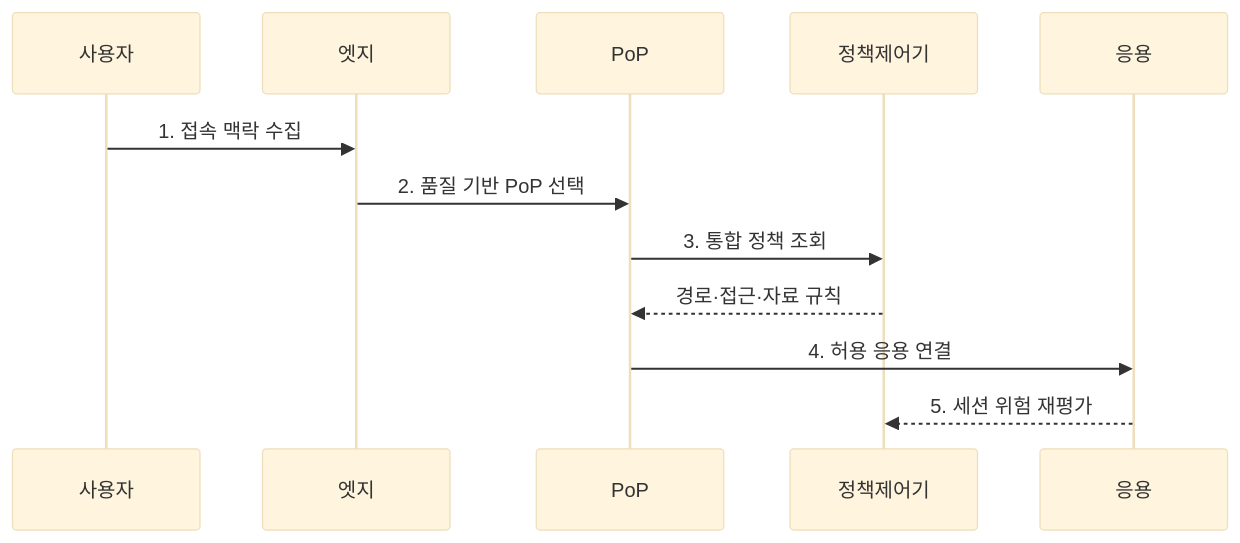
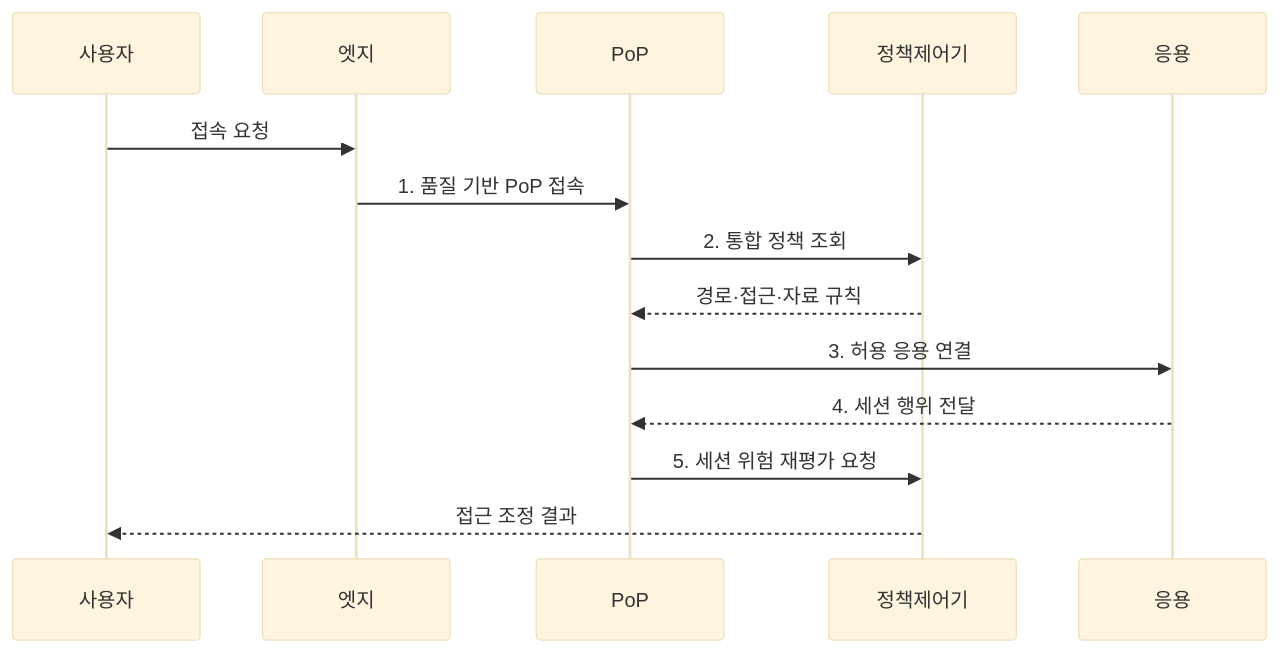
Before and after one commit to agnusdei1207/knowledge-base: the second of 2 diagrams in src/content/docs/notes/04-network/090_sase.md, drawn with Mermaid (base theme). The commit also changed other lines of this file and 20 other files, not shown here.

````diff
--- a/src/content/docs/notes/04-network/090_sase.md
+++ b/src/content/docs/notes/04-network/090_sase.md
@@ -78,14 +85,16 @@
 ```mermaid
 sequenceDiagram
     participant 사용자
     participant 엣지
     participant PoP
     participant 정책제어기
     participant 응용
-    사용자->>엣지: 1. 접속 맥락 수집
-    엣지->>PoP: 2. 품질 기반 PoP 선택
-    PoP->>정책제어기: 3. 통합 정책 조회
+    사용자->>엣지: 접속 요청
+    엣지->>PoP: 1. 품질 기반 PoP 접속
+    PoP->>정책제어기: 2. 통합 정책 조회
     정책제어기-->>PoP: 경로·접근·자료 규칙
-    PoP->>응용: 4. 허용 응용 연결
-    응용-->>정책제어기: 5. 세션 위험 재평가
+    PoP->>응용: 3. 허용 응용 연결
+    응용-->>PoP: 4. 세션 행위 전달
+    PoP->>정책제어기: 5. 세션 위험 재평가 요청
+    정책제어기-->>사용자: 접근 조정 결과
 ```
````
